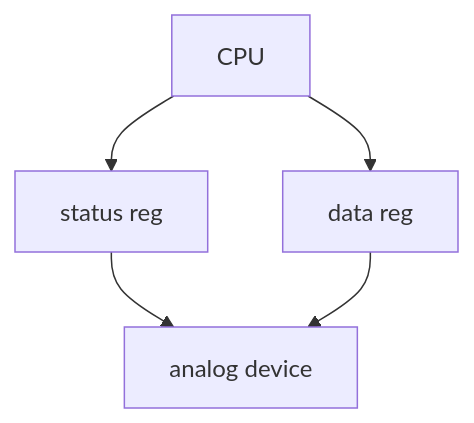
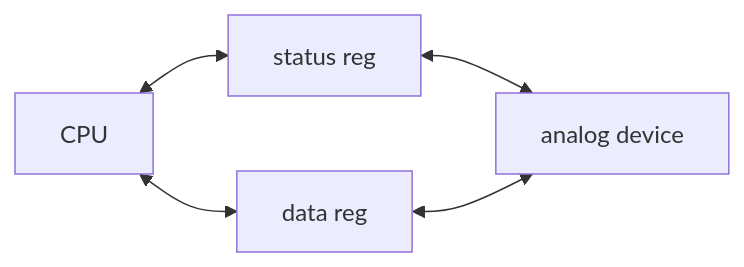
Before and after one commit to Luo-Jiayi/Luo-Jiayi.github.io: the second of 7 diagrams in _posts/2025-05-26-embeddedSys.md, drawn with Mermaid. The commit also changed other lines of this file and 4 other files, not shown here.

````diff
--- a/_posts/2025-05-26-embeddedSys.md
+++ b/_posts/2025-05-26-embeddedSys.md
@@ -66,11 +77,11 @@
 ```mermaid
-graph TB;
+graph LR;
 A[CPU]
 B[status reg]
 C[data reg]
 D[analog device]
-A-->B;
-A-->C;
-B-->D;
-C-->D;
+A<-->B;
+A<-->C;
+B<-->D;
+C<-->D;
 ```
````
